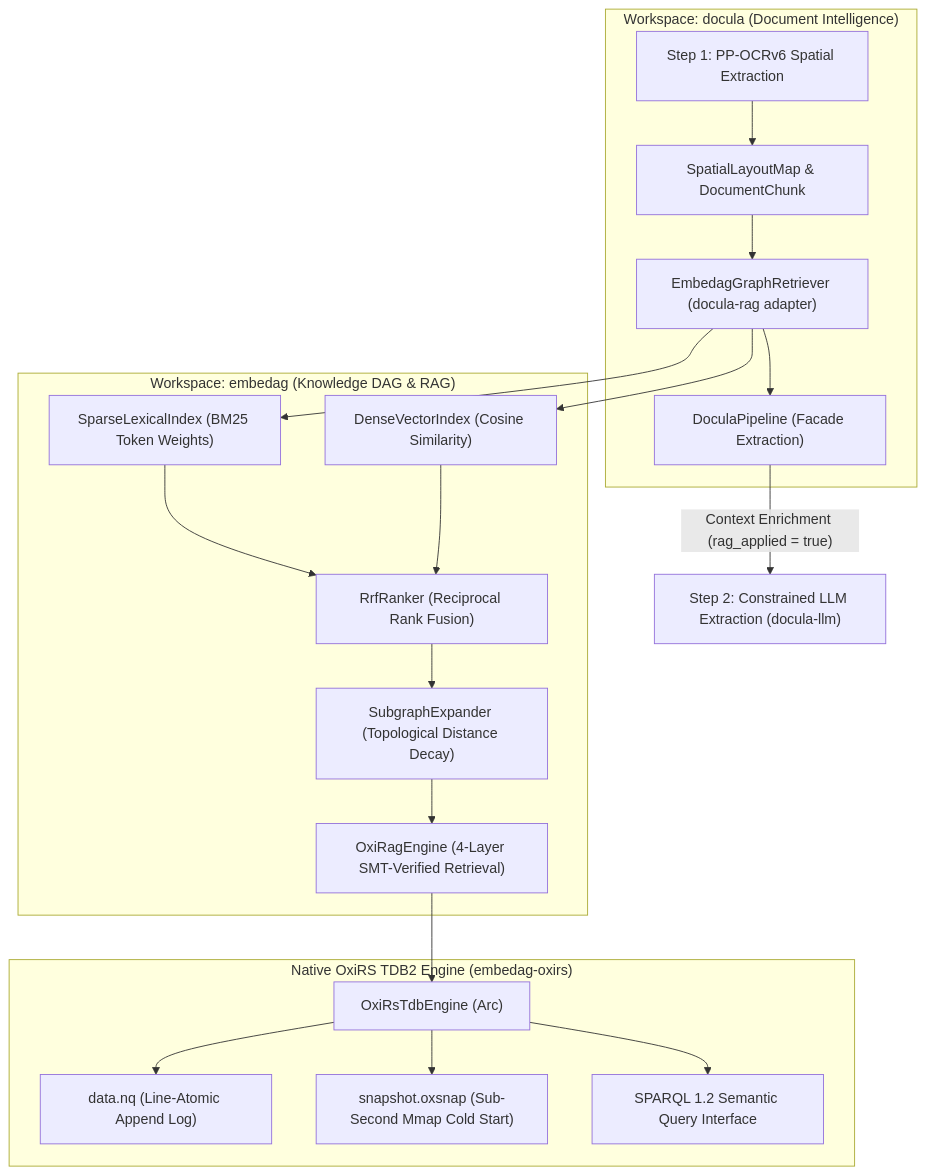
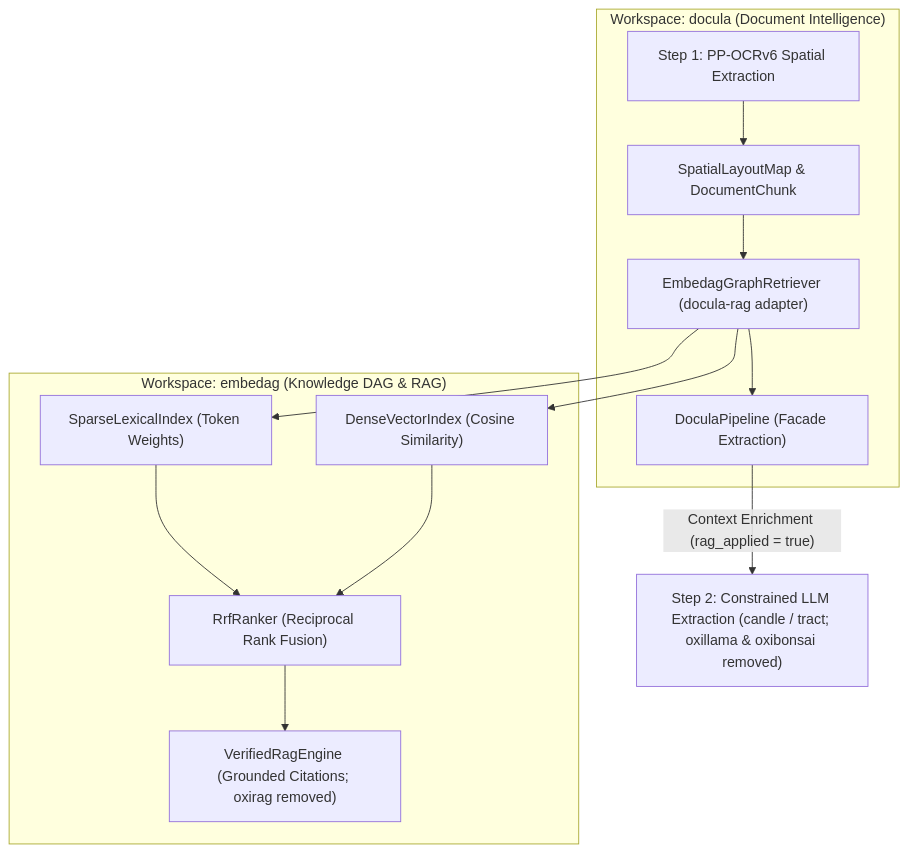
Before and after one commit to yasuomaidana/docula: the second of 2 diagrams in docs/11_RAG_AND_LARGE_DOCUMENT_RETRIEVAL.md, drawn with Mermaid. The commit also changed other lines of this file and 28 other files, not shown here.

````diff
--- a/docs/11_RAG_AND_LARGE_DOCUMENT_RETRIEVAL.md
+++ b/docs/11_RAG_AND_LARGE_DOCUMENT_RETRIEVAL.md
@@ -198,39 +138,26 @@
 ```mermaid
 flowchart TD
     subgraph DoculaWorkspace ["Workspace: docula (Document Intelligence)"]
         OCR["Step 1: PP-OCRv6 Spatial Extraction"]
         Layout["SpatialLayoutMap & DocumentChunk"]
         Pipeline["DoculaPipeline (Facade Extraction)"]
         Retriever["EmbedagGraphRetriever (docula-rag adapter)"]
         OCR --> Layout
         Layout --> Retriever
         Retriever --> Pipeline
     end
 
     subgraph EmbedagRAG ["Workspace: embedag (Knowledge DAG & RAG)"]
-        Sparse["SparseLexicalIndex (BM25 Token Weights)"]
+        Sparse["SparseLexicalIndex (Token Weights)"]
         Dense["DenseVectorIndex (Cosine Similarity)"]
         RRF["RrfRanker (Reciprocal Rank Fusion)"]
-        Expander["SubgraphExpander (Topological Distance Decay)"]
-        OxiRag["OxiRagEngine (4-Layer SMT-Verified Retrieval)"]
+        VerifiedEngine["VerifiedRagEngine (Grounded Citations; oxirag removed)"]
         Retriever --> Sparse
         Retriever --> Dense
         Sparse --> RRF
         Dense --> RRF
-        RRF --> Expander
-        Expander --> OxiRag
+        RRF --> VerifiedEngine
     end
 
-    subgraph PersistentStorage ["Native OxiRS TDB2 Engine (embedag-oxirs)"]
-        TdbEngine["OxiRsTdbEngine (Arc<RdfStore>)"]
-        AppendLog["data.nq (Line-Atomic Append Log)"]
-        Snapshot["snapshot.oxsnap (Sub-Second Mmap Cold Start)"]
-        SparqlEngine["SPARQL 1.2 Semantic Query Interface"]
-        OxiRag --> TdbEngine
-        TdbEngine --> AppendLog
-        TdbEngine --> Snapshot
-        TdbEngine --> SparqlEngine
-    end
-
-    Pipeline -->|" Context Enrichment (rag_applied = true) "| LLM["Step 2: Constrained LLM Extraction (docula-llm)"]
+    Pipeline -->|" Context Enrichment (rag_applied = true) "| LLM["Step 2: Constrained LLM Extraction (candle / tract; oxillama & oxibonsai removed)"]
 ```
````
